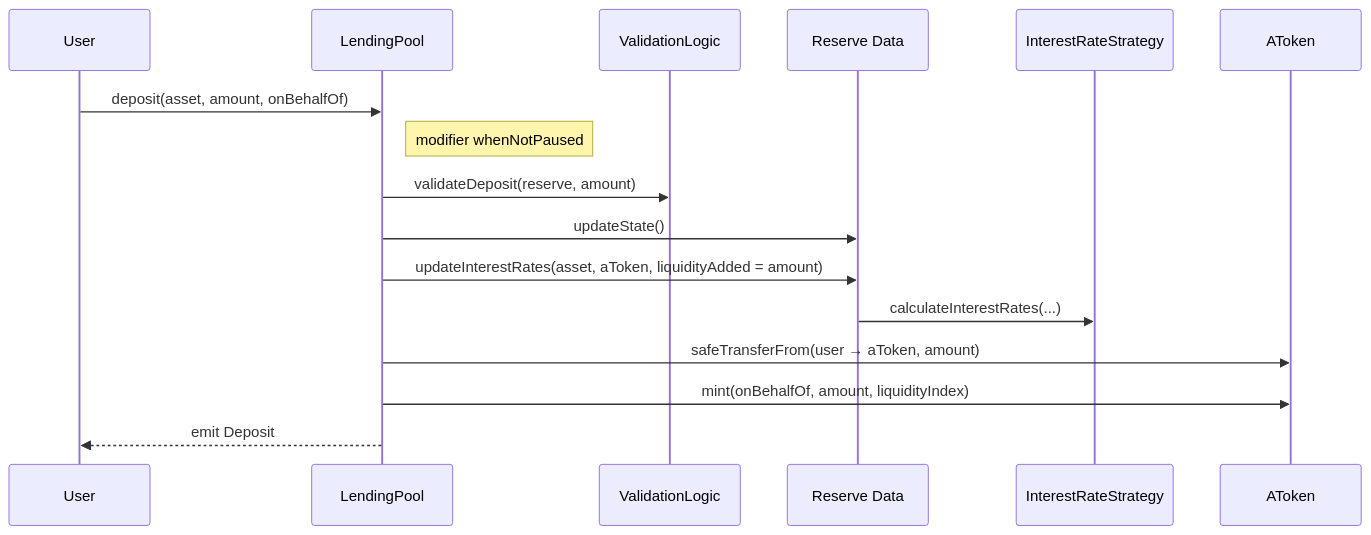
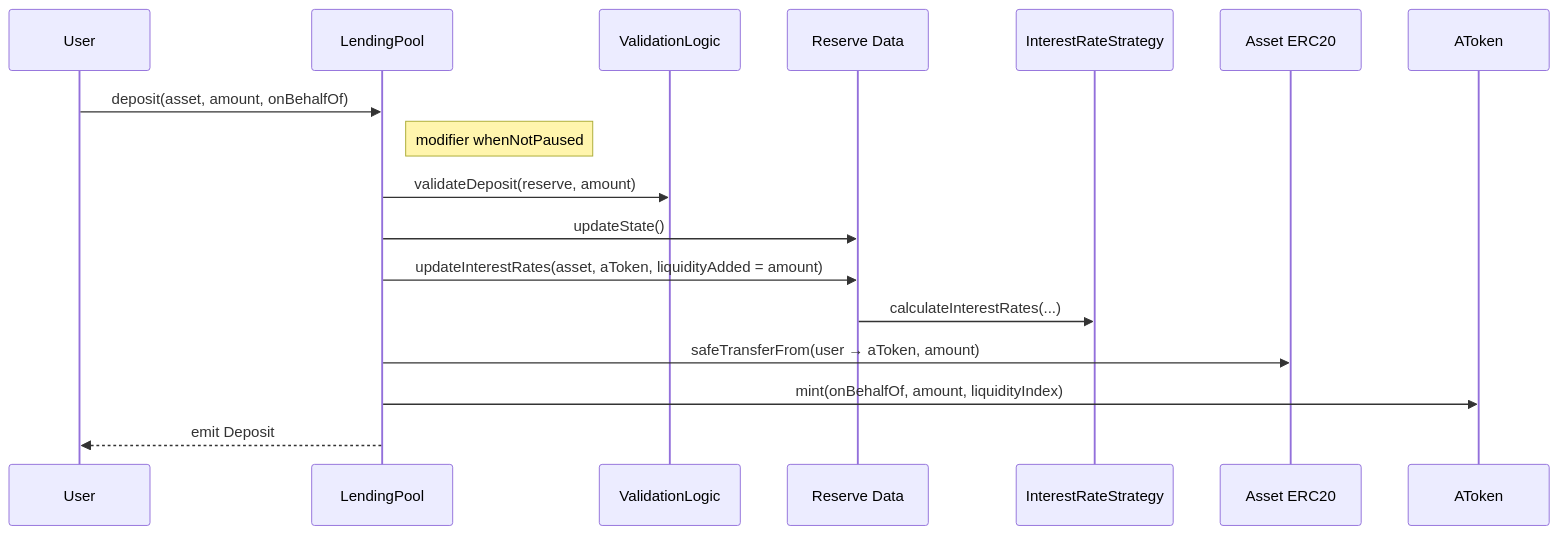
One commit to MrDoSSS/aave-v2-docs changed the first of 3 diagrams in docs/flows.md. Above: the diagram before and after it, drawn with Mermaid. The commit also changed other lines of this file, not shown here.

Commit message:
chore: update flow

````diff
--- a/docs/flows.md
+++ b/docs/flows.md
@@ -9,19 +9,20 @@
 ```mermaid
 sequenceDiagram
     participant U as User
     participant LP as LendingPool
     participant VR as ValidationLogic
     participant RS as Reserve Data
     participant IRS as InterestRateStrategy
+    participant Tok as Asset ERC20
     participant aT as AToken
 
     U->>LP: deposit(asset, amount, onBehalfOf)
     note right of LP: modifier whenNotPaused
     LP->>VR: validateDeposit(reserve, amount)
     LP->>RS: updateState()
     LP->>RS: updateInterestRates(asset, aToken, liquidityAdded = amount)
     RS->>IRS: calculateInterestRates(...)
-    LP->>aT: safeTransferFrom(user → aToken, amount)
+    LP->>Tok: safeTransferFrom(user → aToken, amount)
     LP->>aT: mint(onBehalfOf, amount, liquidityIndex)
     LP-->>U: emit Deposit
 ```
````
